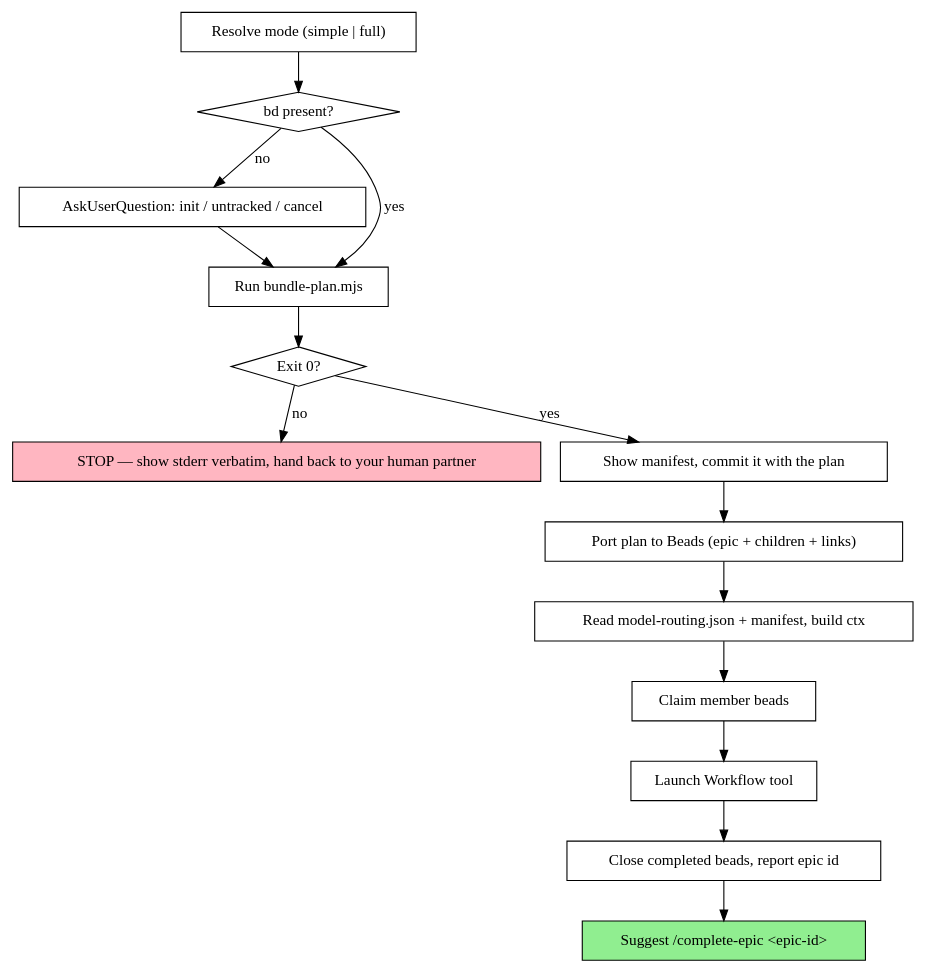
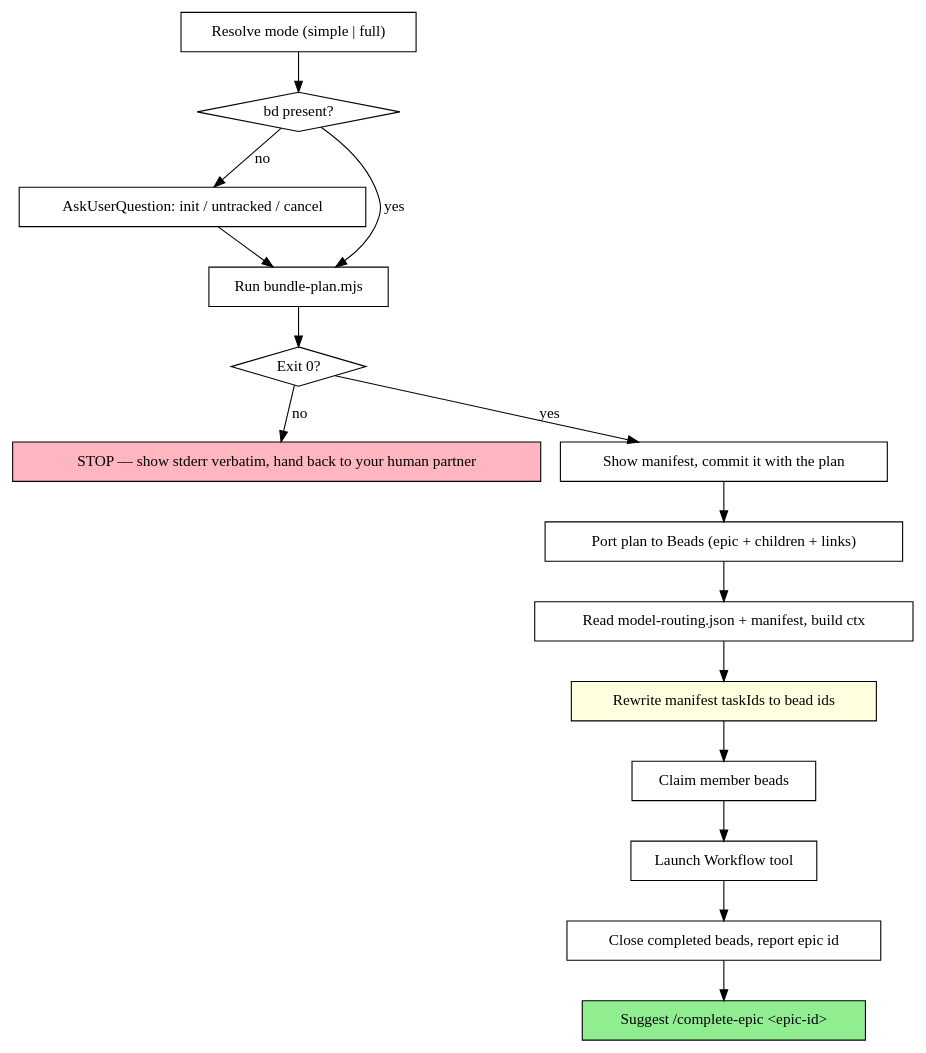
Before and after one commit to SirProdigle/claude-superpowers: the diagram in skills/orchestrating-execution/SKILL.md, drawn with Graphviz. The commit also changed other lines of this file, not shown here.

````diff
--- a/skills/orchestrating-execution/SKILL.md
+++ b/skills/orchestrating-execution/SKILL.md
@@ -21,32 +21,34 @@
 ```dot
 digraph process {
     rankdir=TB;
     "Resolve mode (simple | full)" [shape=box];
     "bd present?" [shape=diamond];
     "AskUserQuestion: init / untracked / cancel" [shape=box];
     "Run bundle-plan.mjs" [shape=box];
     "Exit 0?" [shape=diamond];
     "STOP — show stderr verbatim, hand back to your human partner" [shape=box style=filled fillcolor=lightpink];
     "Show manifest, commit it with the plan" [shape=box];
     "Port plan to Beads (epic + children + links)" [shape=box];
     "Read model-routing.json + manifest, build ctx" [shape=box];
+    "Rewrite manifest taskIds to bead ids" [shape=box style=filled fillcolor=lightyellow];
     "Claim member beads" [shape=box];
     "Launch Workflow tool" [shape=box];
     "Close completed beads, report epic id" [shape=box];
     "Suggest /complete-epic <epic-id>" [shape=box style=filled fillcolor=lightgreen];
 
     "Resolve mode (simple | full)" -> "bd present?";
     "bd present?" -> "Run bundle-plan.mjs" [label="yes"];
     "bd present?" -> "AskUserQuestion: init / untracked / cancel" [label="no"];
     "AskUserQuestion: init / untracked / cancel" -> "Run bundle-plan.mjs";
     "Run bundle-plan.mjs" -> "Exit 0?";
     "Exit 0?" -> "STOP — show stderr verbatim, hand back to your human partner" [label="no"];
     "Exit 0?" -> "Show manifest, commit it with the plan" [label="yes"];
     "Show manifest, commit it with the plan" -> "Port plan to Beads (epic + children + links)";
     "Port plan to Beads (epic + children + links)" -> "Read model-routing.json + manifest, build ctx";
-    "Read model-routing.json + manifest, build ctx" -> "Claim member beads";
+    "Read model-routing.json + manifest, build ctx" -> "Rewrite manifest taskIds to bead ids";
+    "Rewrite manifest taskIds to bead ids" -> "Claim member beads";
     "Claim member beads" -> "Launch Workflow tool";
     "Launch Workflow tool" -> "Close completed beads, report epic id";
     "Close completed beads, report epic id" -> "Suggest /complete-epic <epic-id>";
 }
 ```
````
